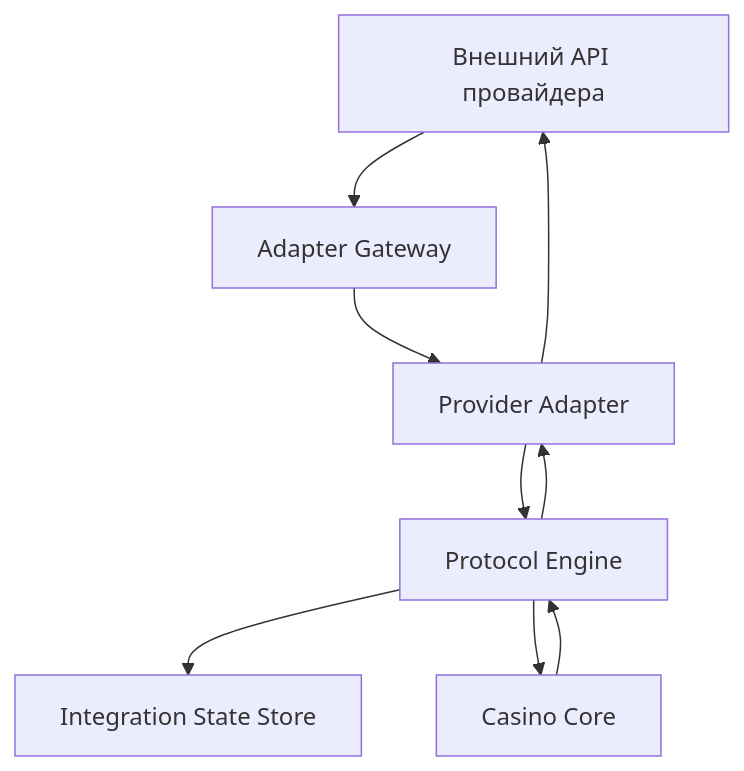
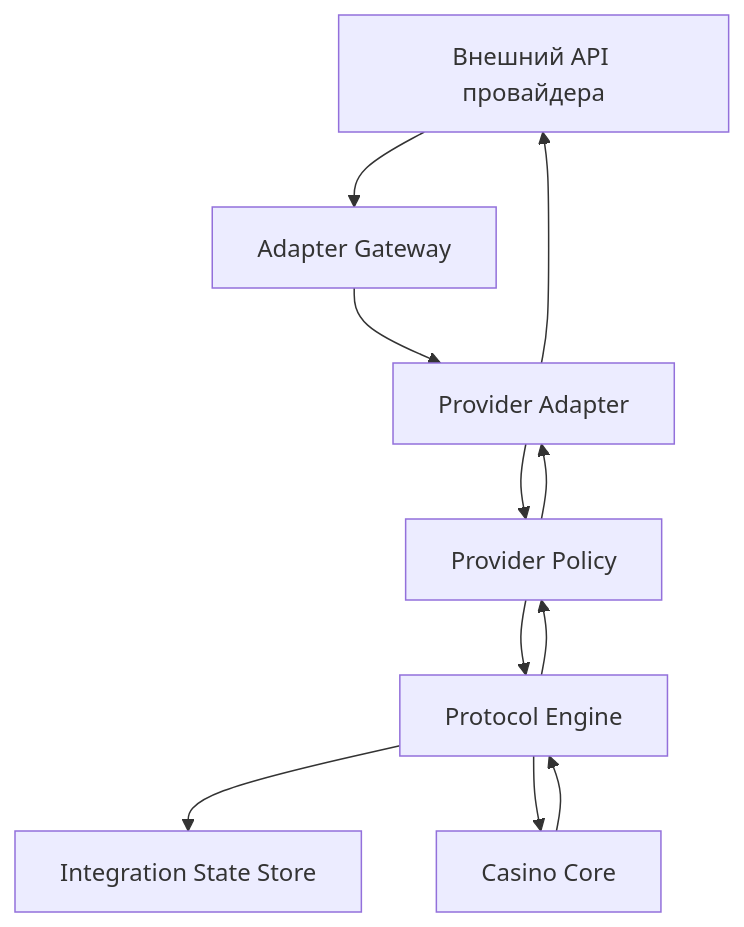
Before and after one commit to alexgoodman53/casino: the second of 2 diagrams in README.md, drawn with Mermaid. The commit also changed other lines of this file, not shown here.

Commit message:
Refine integration architecture README

````diff
--- a/README.md
+++ b/README.md
@@ -744,11 +988,13 @@
 ```mermaid
 flowchart TD
     A["Внешний API провайдера"] --> B["Adapter Gateway"]
     B --> C["Provider Adapter"]
-    C --> D["Protocol Engine"]
-    D --> E["Integration State Store"]
-    D --> F["Casino Core"]
-    F --> D
+    C --> D["Provider Policy"]
+    D --> E["Protocol Engine"]
+    E --> F["Integration State Store"]
+    E --> G["Casino Core"]
+    G --> E
+    E --> D
     D --> C
     C --> A
 ```
````
